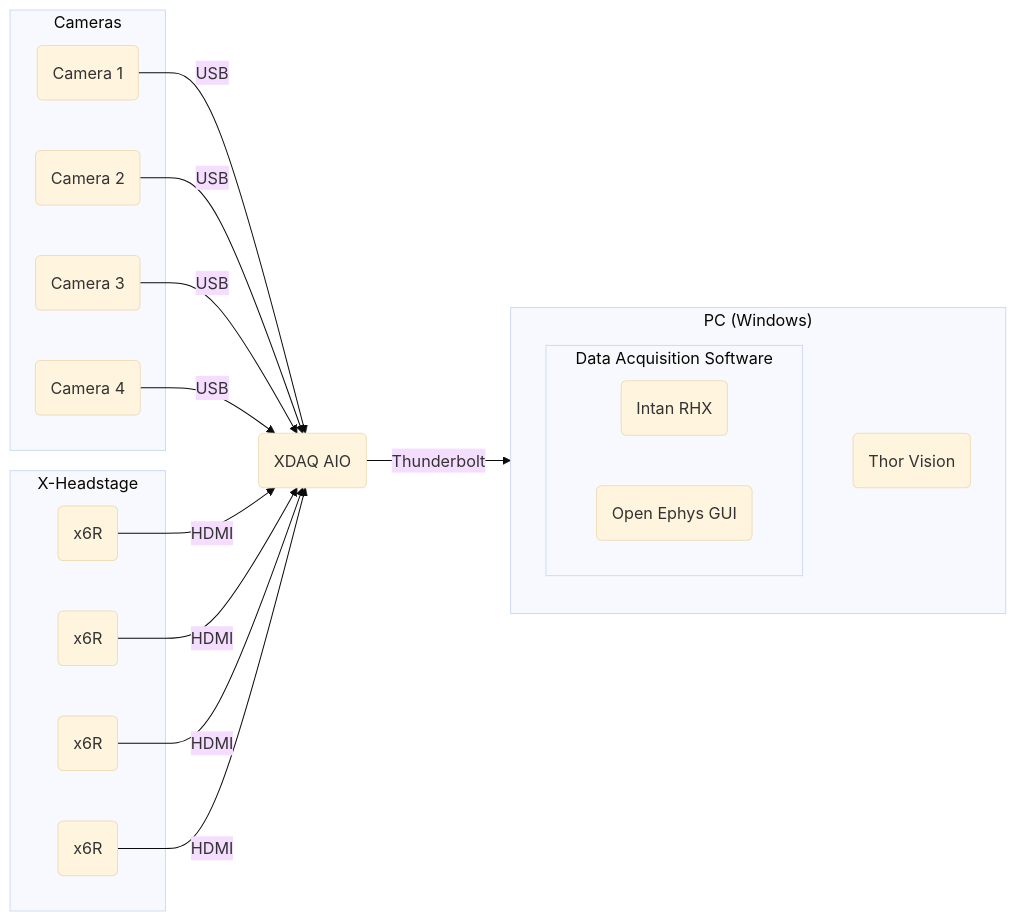
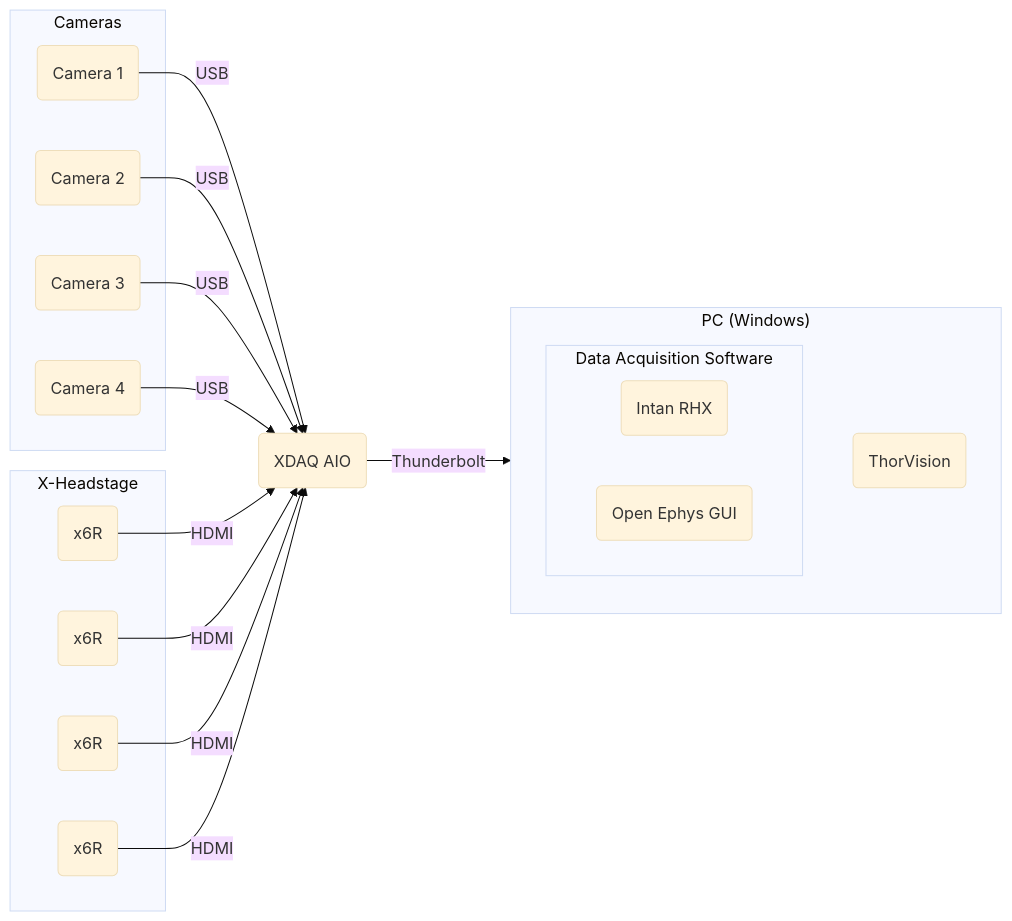
One commit to kontex-neuro/ThorVision changed the diagram in docs/docs/user-manual.md. Above: the diagram before and after it, drawn with Mermaid (base theme). The commit also changed other lines of this file and 11 other files, not shown here.

Commit message:
Version 1.0.1 Rename 'Thor Vision' to 'ThorVision' Fix websocket client closing error Use self-build gstreamer video sink: qml6glsink

````diff
--- a/docs/docs/user-manual.md
+++ b/docs/docs/user-manual.md
@@ -7,42 +7,42 @@
 ```mermaid
 graph LR;
     subgraph PC["PC (Windows)"]
-        TV(Thor Vision)
+        TV(ThorVision)
         subgraph DA[Data Acquisition Software]
             RHX(Intan RHX)
             OE(Open Ephys GUI)
         end
     end
 
     XDAQ(XDAQ AIO)
 
     subgraph CAMS[Cameras]
         CAM1(Camera 1)
         CAM2(Camera 2)
         CAM3(Camera 3)
         CAM4(Camera 4)
     end
 
     subgraph XH[X-Headstage]
         x6R1(x6R)
         x6R2(x6R)
         x6R3(x6R)
         x6R4(x6R)
     end
 
     XDAQ -->|Thunderbolt| PC;
     CAM1 -->|USB| XDAQ;
     CAM2 -->|USB| XDAQ;
     CAM3 -->|USB| XDAQ;
     CAM4 -->|USB| XDAQ;
 
     x6R1 -->|HDMI| XDAQ;
     x6R2 -->|HDMI| XDAQ;
     x6R3 -->|HDMI| XDAQ;
     x6R4 -->|HDMI| XDAQ;
 
     click XDAQ "https://www.kontex.io/xdaq" "Go to XDAQ page" _blank
     click RHX "https://intantech.com/RHX_software.html" "Go to Intan RHX page" _blank
     click OE "https://open-ephys.org/gui" "Go to Open Ephys GUI page" _blank
-    click TV "https://github.com/kontex-neuro/ThorVision" "Go to Thor Vision page" _blank
+    click TV "https://github.com/kontex-neuro/ThorVision" "Go to ThorVision page" _blank
 ```
````
